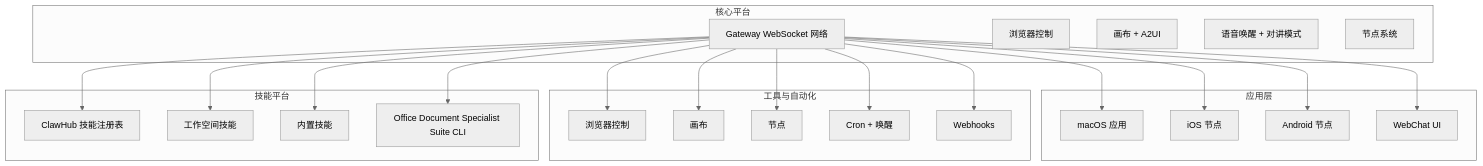
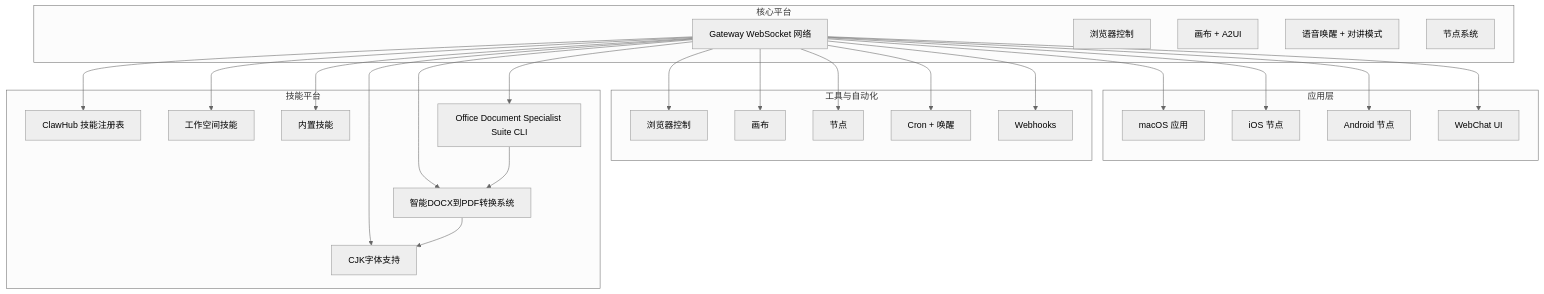
The first of 10 diagrams in .qoder/repowiki/zh/content/技能平台/内置技能/Office 文档专家套件.md (verse-ai-org/openclaw), drawn with Mermaid (neutral theme) before and after one commit. The commit also changed other lines of this file and 13 other files, not shown here.

````diff
--- a/.qoder/repowiki/zh/content/技能平台/内置技能/Office 文档专家套件.md
+++ b/.qoder/repowiki/zh/content/技能平台/内置技能/Office 文档专家套件.md
@@ -45,42 +45,48 @@
 ```mermaid
 graph TB
 subgraph "核心平台"
 A[Gateway WebSocket 网络]
 B[浏览器控制]
 C[画布 + A2UI]
 D[语音唤醒 + 对讲模式]
 E[节点系统]
 end
 subgraph "应用层"
 F[macOS 应用]
 G[iOS 节点]
 H[Android 节点]
 I[WebChat UI]
 end
 subgraph "工具与自动化"
 J[浏览器控制]
 K[画布]
 L[节点]
 M[Cron + 唤醒]
 N[Webhooks]
 end
 subgraph "技能平台"
 O[ClawHub 技能注册表]
 P[工作空间技能]
 Q[内置技能]
 R[Office Document Specialist Suite CLI]
+S[智能DOCX到PDF转换系统]
+T[CJK字体支持]
 end
 A --> F
 A --> G
 A --> H
 A --> I
 A --> J
 A --> K
 A --> L
 A --> M
 A --> N
 A --> O
 A --> P
 A --> Q
 A --> R
+A --> S
+A --> T
+R --> S
+S --> T
 ```
````
